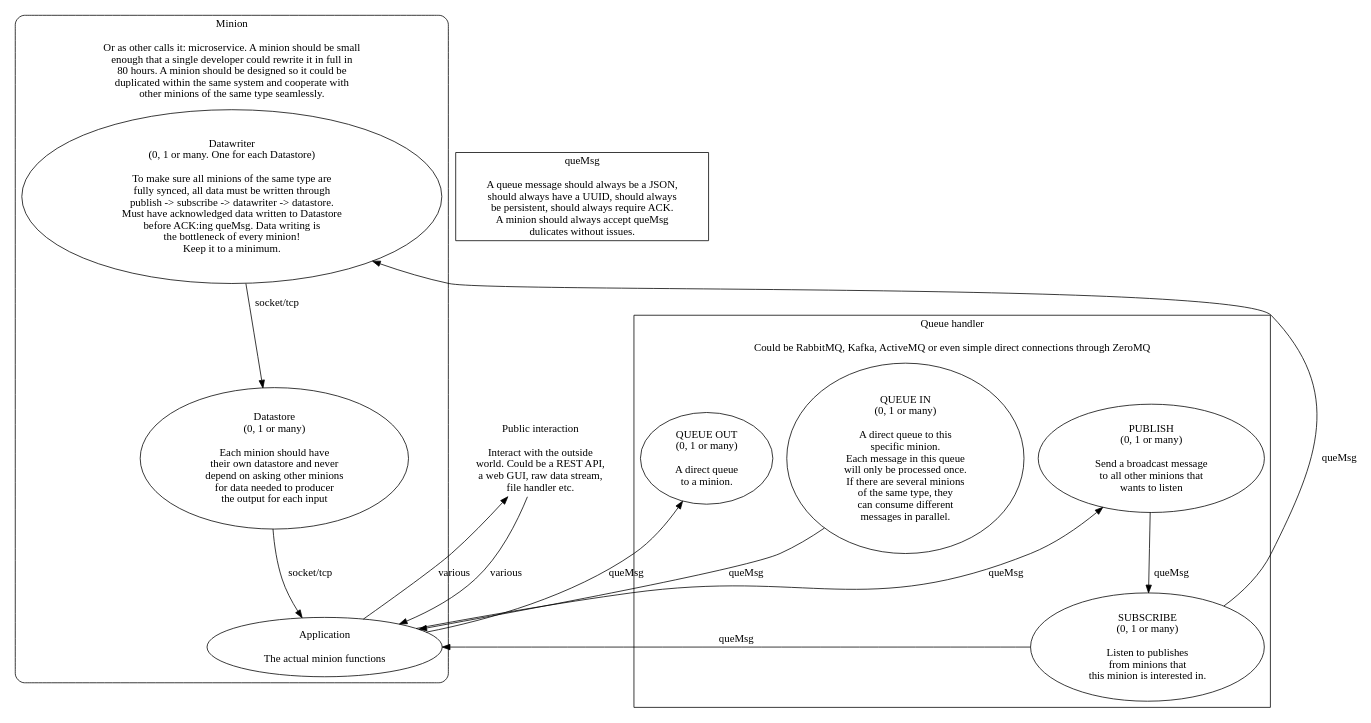
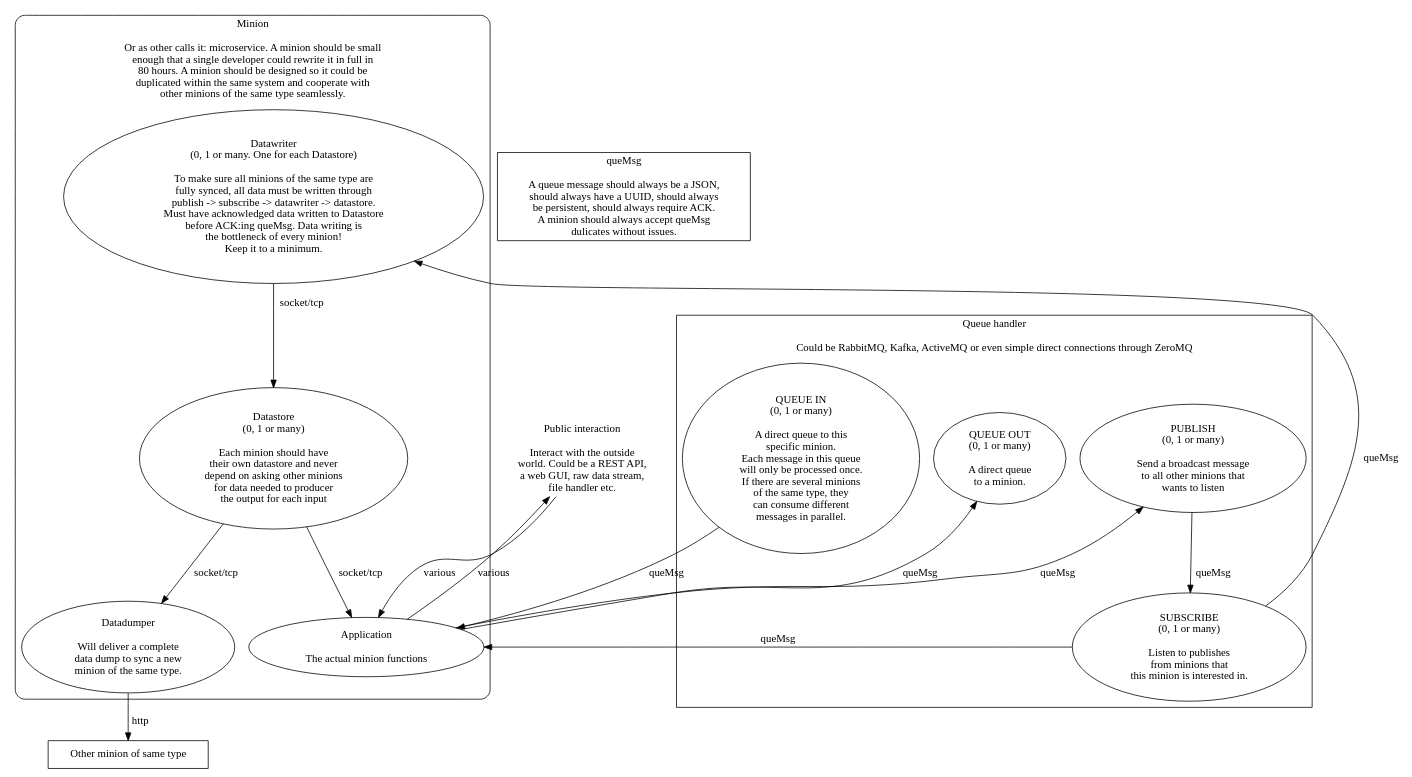
Before and after one commit to larvit/appbase: the diagram in minion-template/minionMap.dot, drawn with Graphviz.

Commit message:
Added datadumper

```diff
--- a/minion-template/minionMap.dot
+++ b/minion-template/minionMap.dot
@@ -1,36 +1,42 @@
 digraph {
 	subgraph cluster_0 {
 		style=rounded;
 		label="Minion\n\nOr as other calls it: microservice. A minion should be small\nenough that a single developer could rewrite it in full in\n80 hours. A minion should be designed so it could be\nduplicated within the same system and cooperate with\nother minions of the same type seamlessly.";
 
 		Application [label="Application\n\nThe actual minion functions"];
 		Datawriter [label="Datawriter\n(0, 1 or many. One for each Datastore)\n\nTo make sure all minions of the same type are\nfully synced, all data must be written through\npublish -> subscribe -> datawriter -> datastore.\nMust have acknowledged data written to Datastore\nbefore ACK:ing queMsg. Data writing is\nthe bottleneck of every minion!\nKeep it to a minimum."];
 		Datastore [label="Datastore\n(0, 1 or many)\n\nEach minion should have\ntheir own datastore and never\ndepend on asking other minions\nfor data needed to producer\nthe output for each input"];
+		Datadumper [label="Datadumper\n\nWill deliver a complete\ndata dump to sync a new\nminion of the same type."];
 
 		Datawriter -> Datastore[label="socket/tcp"];
 		Datastore -> Application[label="socket/tcp"];
+		Datastore -> Datadumper[label="socket/tcp"];
 	}
 
 	subgraph cluster_1 {
 		label="Queue handler\n\nCould be RabbitMQ, Kafka, ActiveMQ or even simple direct connections through ZeroMQ";
 
 		publish [shape="oval", label="PUBLISH\n(0, 1 or many)\n\nSend a broadcast message\nto all other minions that\nwants to listen"];
 		subscribe [shape="oval", label="SUBSCRIBE\n(0, 1 or many)\n\nListen to publishes\nfrom minions that\nthis minion is interested in."];
 		queuein [shape="oval", label="QUEUE IN\n(0, 1 or many)\n\nA direct queue to this\nspecific minion.\nEach message in this queue\nwill only be processed once.\nIf there are several minions\nof the same type, they\ncan consume different\nmessages in parallel."];
 		queueout [shape="oval", label="QUEUE OUT\n(0, 1 or many)\n\nA direct queue\nto a minion."];
 	}
 
-	queMsg [shape="react", label="queMsg\n\nA queue message should always be a JSON,\nshould always have a UUID, should always\nbe persistent, should always require ACK.\nA minion should always accept queMsg\ndulicates without issues."];
+	queMsg [shape="rect", label="queMsg\n\nA queue message should always be a JSON,\nshould always have a UUID, should always\nbe persistent, should always require ACK.\nA minion should always accept queMsg\ndulicates without issues."];
 
 	public [shape="none", label="Public interaction\n\nInteract with the outside\nworld. Could be a REST API,\na web GUI, raw data stream,\nfile handler etc."];
+
+	otherMinion [shape="rect", label="Other minion of same type"];
+
+	Datadumper -> otherMinion[label="http"];
 
 	Application -> publish[label="queMsg"];
 	Application -> public[label="various"];
 	Application -> queueout[label="queMsg"];
 
 	public -> Application[label="various"];
 	queuein -> Application[label="queMsg"];
 	subscribe -> Application[label="queMsg"];
 	subscribe -> Datawriter[label="queMsg"];
 	publish -> subscribe[label="queMsg"];
 }
```
